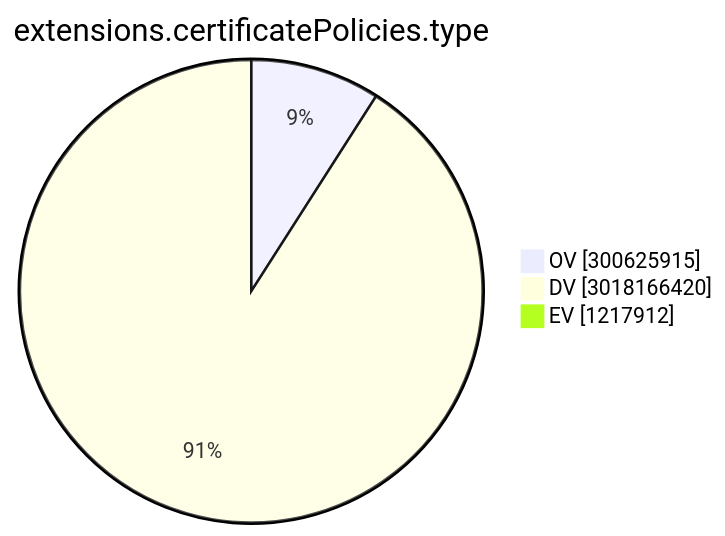
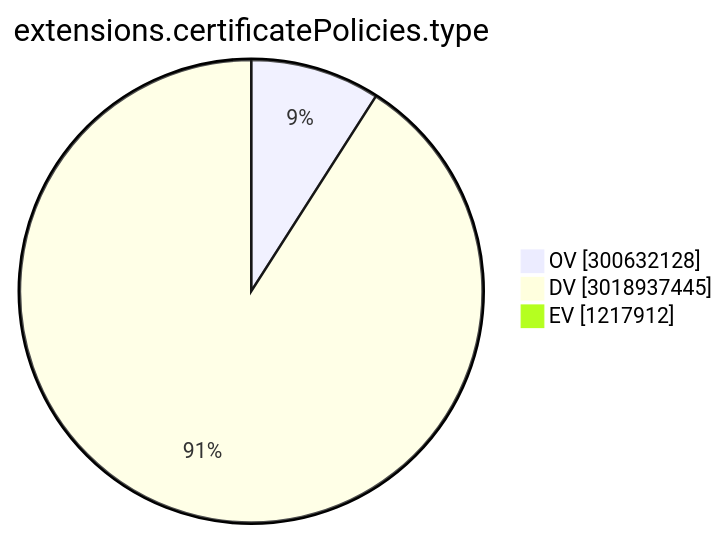
The ninth of 15 diagrams in TOTAL/README.md (christiankrug/ctmonitor_visualization), drawn with Mermaid before and after one commit. The commit also changed other lines of this file, not shown here.

````diff
--- a/TOTAL/README.md
+++ b/TOTAL/README.md
@@ -3102,7 +3102,7 @@
 ```mermaid
 pie showData
 title extensions.certificatePolicies.type
-"OV" :300625915
-"DV" :3018166420
+"OV" :300632128
+"DV" :3018937445
 "EV" :1217912
 ```
````
